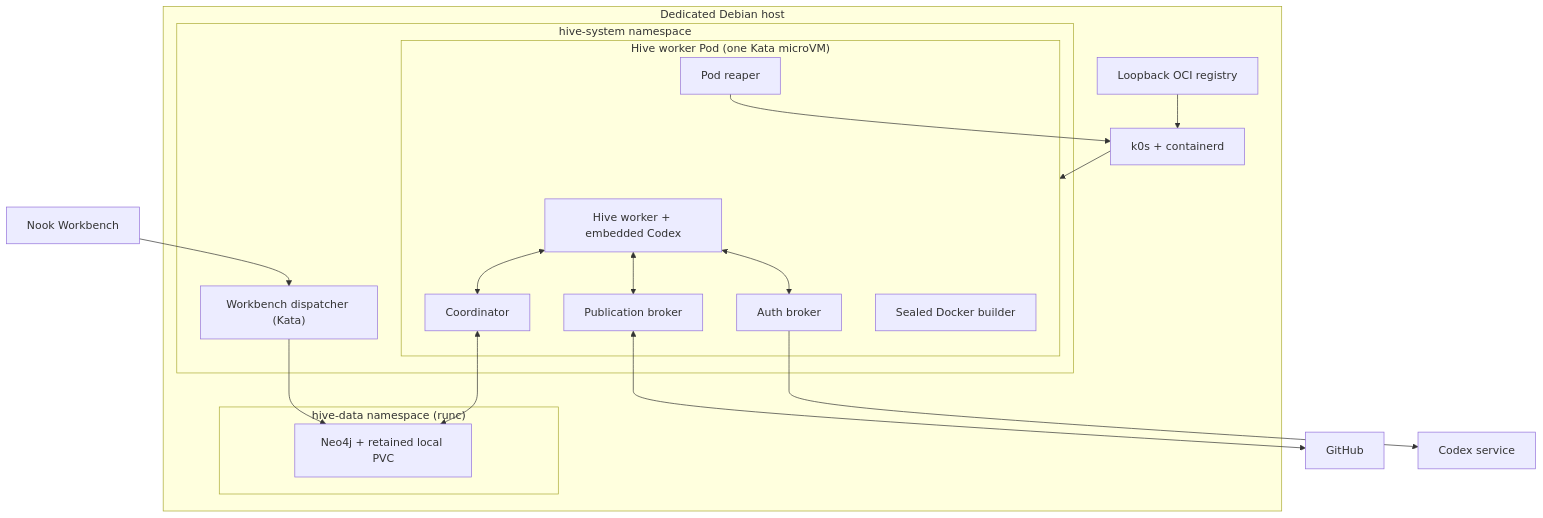
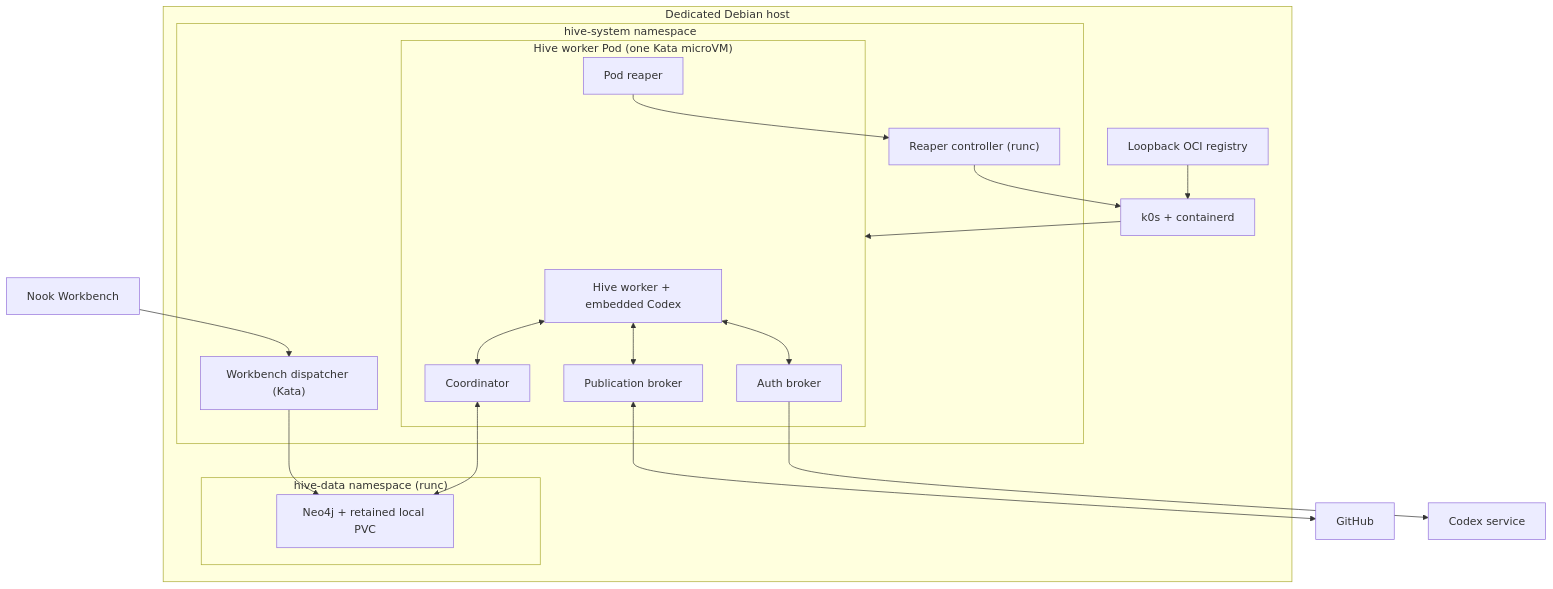
One commit to meta-secret/nook changed the first of 4 diagrams in .cortex/design-docs/hive-isolated-agent-platform.md. Above: the diagram before and after it, drawn with Mermaid. The commit also changed other lines of this file and 13 other files, not shown here.

````diff
--- a/.cortex/design-docs/hive-isolated-agent-platform.md
+++ b/.cortex/design-docs/hive-isolated-agent-platform.md
@@ -39,36 +39,37 @@
 ```mermaid
 flowchart TB
   subgraph host["Dedicated Debian host"]
     k0s["k0s + containerd"]
     registry["Loopback OCI registry"]
 
     subgraph data["hive-data namespace (runc)"]
       neo4j["Neo4j + retained local PVC"]
     end
 
     subgraph system["hive-system namespace"]
       dispatcher["Workbench dispatcher (Kata)"]
 
       subgraph pod["Hive worker Pod (one Kata microVM)"]
         worker["Hive worker + embedded Codex"]
         coordinator["Coordinator"]
         auth["Auth broker"]
         publication["Publication broker"]
-        builder["Sealed Docker builder"]
         reaper["Pod reaper"]
       end
+      reaper_controller["Reaper controller (runc)"]
     end
   end
 
   workbench["Nook Workbench"] --> dispatcher
   dispatcher --> neo4j
   worker <--> coordinator
   coordinator <--> neo4j
   worker <--> auth
   worker <--> publication
   publication <--> github["GitHub"]
   auth --> codex_api["Codex service"]
-  reaper --> k0s
+  reaper --> reaper_controller
+  reaper_controller --> k0s
   k0s --> pod
   registry --> k0s
 ```
````
